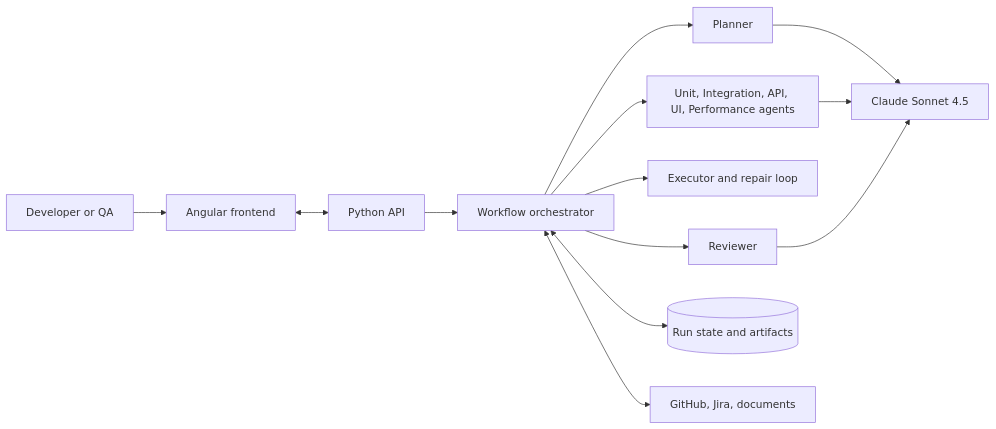
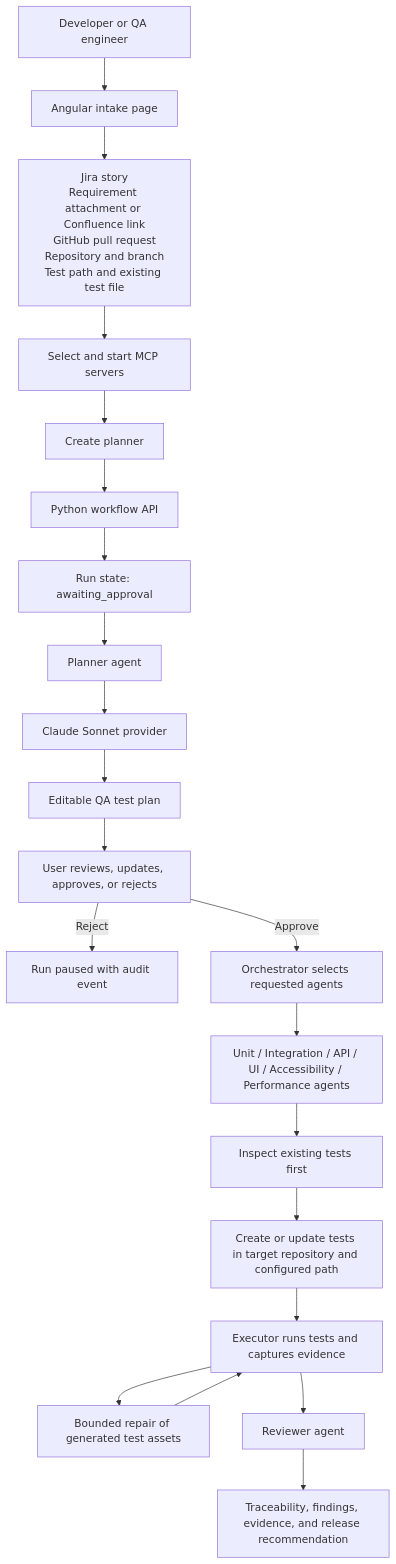
Before and after one commit to hjha19121980/ai-test-factory: the diagram in README.md, drawn with Mermaid. The commit also changed other lines of this file, not shown here.

Commit message:
docs: update README.md to enhance project description and architecture flow

````diff
--- a/README.md
+++ b/README.md
@@ -13,15 +22,23 @@
 ```mermaid
-flowchart LR
-		User[Developer or QA] --> UI[Angular frontend]
-		UI <--> API[Python API]
-		API --> W[Workflow orchestrator]
-		W --> P[Planner]
-		W --> G[Unit, Integration, API, UI, Performance agents]
-		W --> E[Executor and repair loop]
-		W --> R[Reviewer]
-		W <--> Store[(Run state and artifacts)]
-		W <--> Ext[GitHub, Jira, documents]
-		P --> Model[Claude Sonnet 4.5]
-		G --> Model
-		R --> Model
+flowchart TD
+	User[Developer or QA engineer] --> Intake[Angular intake page]
+	Intake --> Inputs[Jira story<br/>Requirement attachment or Confluence link<br/>GitHub pull request<br/>Repository and branch<br/>Test path and existing test file]
+	Inputs --> MCP[Select and start MCP servers]
+	MCP --> Create[Create planner]
+	Create --> API[Python workflow API]
+	API --> Run[Run state: awaiting_approval]
+	Run --> Planner[Planner agent]
+	Planner --> Claude[Claude Sonnet provider]
+	Claude --> Plan[Editable QA test plan]
+	Plan --> Review[User reviews, updates, approves, or rejects]
+	Review -->|Reject| Paused[Run paused with audit event]
+	Review -->|Approve| Orchestrator[Orchestrator selects requested agents]
+	Orchestrator --> Specialists[Unit / Integration / API / UI / Accessibility / Performance agents]
+	Specialists --> Existing[Inspect existing tests first]
+	Existing --> Write[Create or update tests in target repository and configured path]
+	Write --> Executor[Executor runs tests and captures evidence]
+	Executor --> Repair[Bounded repair of generated test assets]
+	Repair --> Executor
+	Executor --> Reviewer[Reviewer agent]
+	Reviewer --> Result[Traceability, findings, evidence, and release recommendation]
 ```
````
